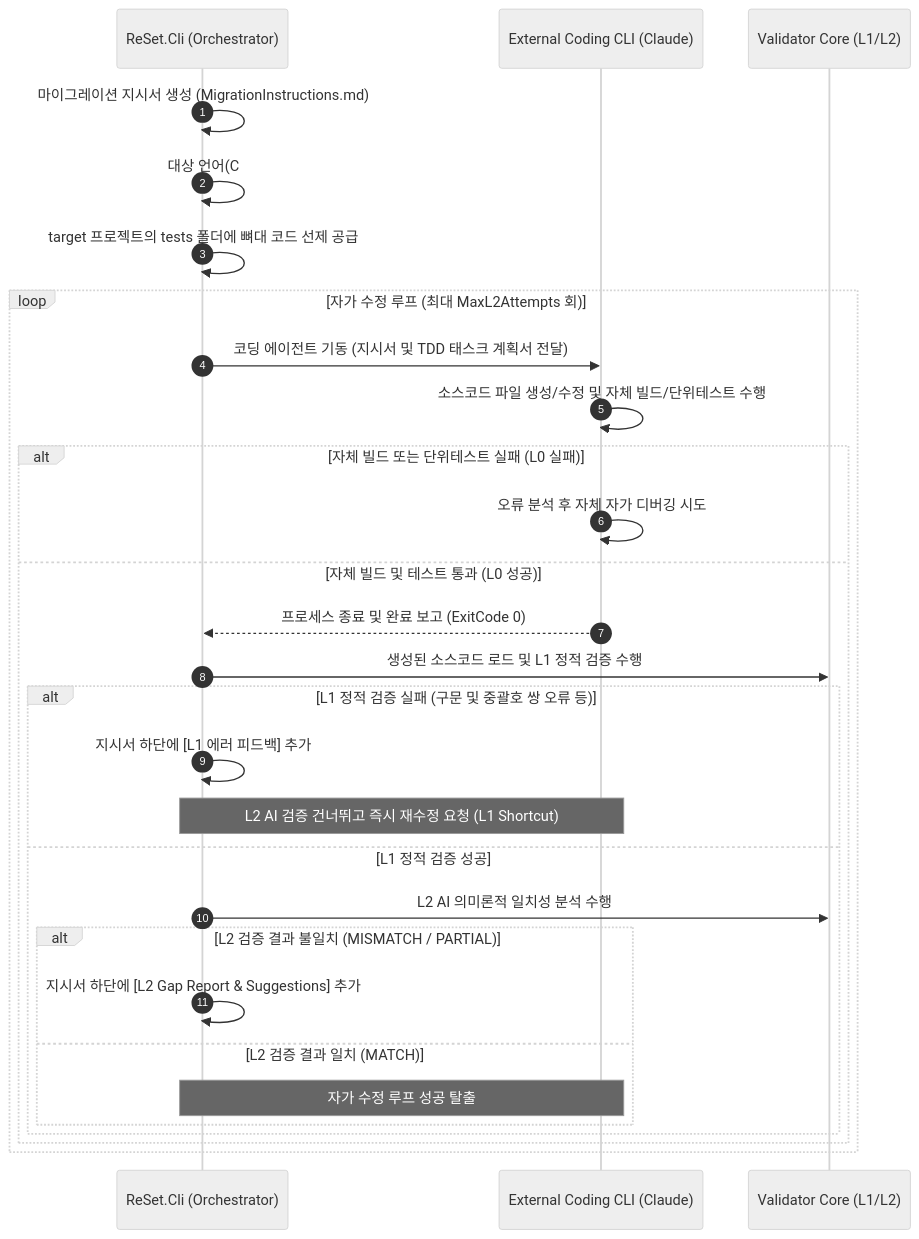
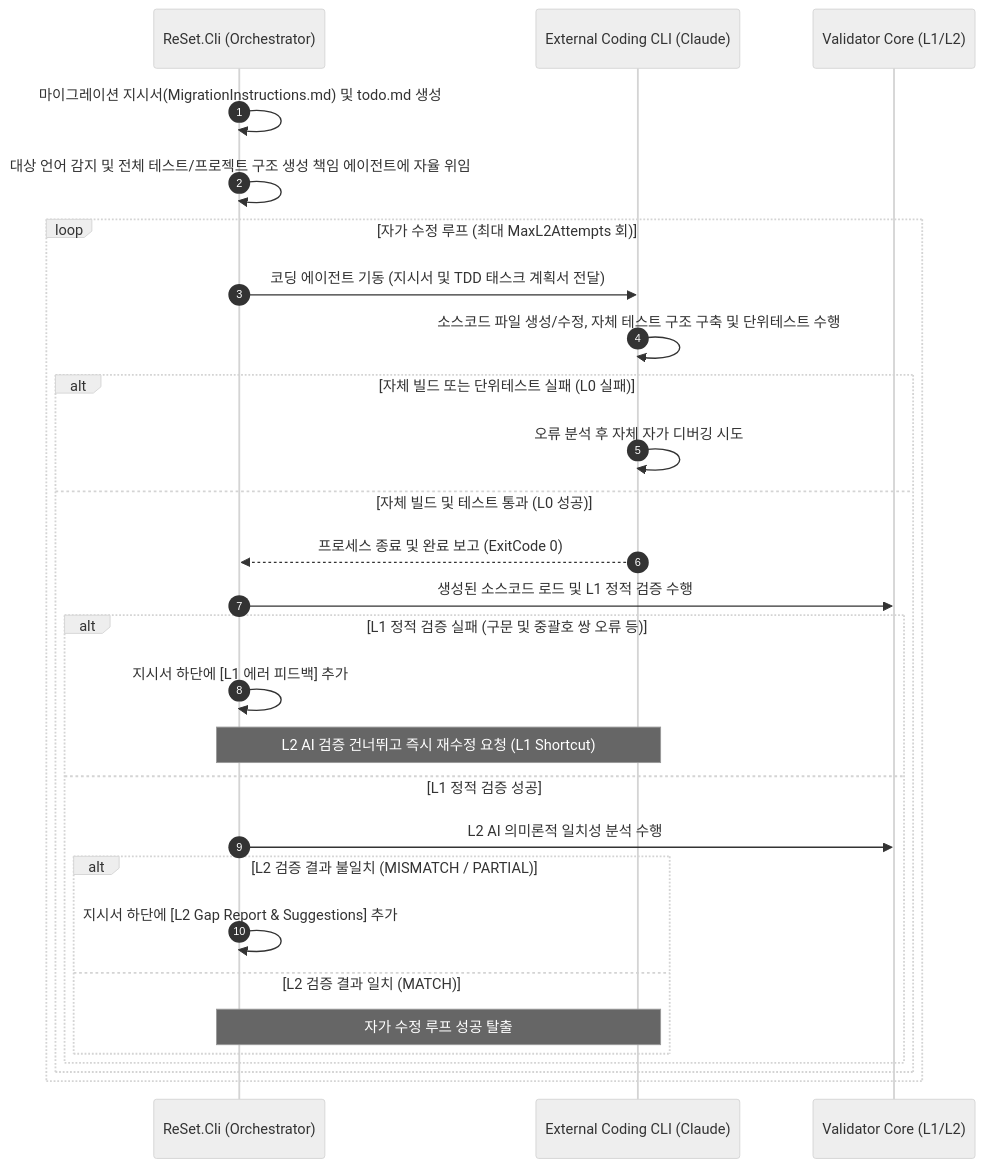
The third of 7 diagrams in docs/architecture.md (moondae815/ReSet), drawn with Mermaid (neutral theme) before and after one commit. The commit also changed 6 other files, not shown here.

Commit message:
docs: sync AGENTS, README, and architecture with TDD autonomous generation logic

````diff
--- a/docs/architecture.md
+++ b/docs/architecture.md
@@ -150,32 +150,31 @@
 ```mermaid
 sequenceDiagram
     autonumber
     participant RC as ReSet.Cli (Orchestrator)
     participant ECE as External Coding CLI (Claude)
     participant VAL as Validator Core (L1/L2)
 
-    RC->>RC: 마이그레이션 지시서 생성 (MigrationInstructions.md)
-    RC->>RC: 대상 언어(C#/Java)별 TDD 테스트 및 ArchUnit 뼈대(Dummy) 자동 생성 (MetadataExporter)
-    RC->>RC: target 프로젝트의 tests 폴더에 뼈대 코드 선제 공급
+    RC->>RC: 마이그레이션 지시서(MigrationInstructions.md) 및 todo.md 생성
+    RC->>RC: 대상 언어 감지 및 전체 테스트/프로젝트 구조 생성 책임 에이전트에 자율 위임
     loop 자가 수정 루프 (최대 MaxL2Attempts 회)
         RC->>ECE: 코딩 에이전트 기동 (지시서 및 TDD 태스크 계획서 전달)
-        ECE->>ECE: 소스코드 파일 생성/수정 및 자체 빌드/단위테스트 수행
+        ECE->>ECE: 소스코드 파일 생성/수정, 자체 테스트 구조 구축 및 단위테스트 수행
         alt 자체 빌드 또는 단위테스트 실패 (L0 실패)
             ECE->>ECE: 오류 분석 후 자체 자가 디버깅 시도
         else 자체 빌드 및 테스트 통과 (L0 성공)
             ECE-->>RC: 프로세스 종료 및 완료 보고 (ExitCode 0)
             RC->>VAL: 생성된 소스코드 로드 및 L1 정적 검증 수행
             alt L1 정적 검증 실패 (구문 및 중괄호 쌍 오류 등)
                 RC->>RC: 지시서 하단에 [L1 에러 피드백] 추가
                 Note over RC,ECE: L2 AI 검증 건너뛰고 즉시 재수정 요청 (L1 Shortcut)
             else L1 정적 검증 성공
                 RC->>VAL: L2 AI 의미론적 일치성 분석 수행
                 alt L2 검증 결과 불일치 (MISMATCH / PARTIAL)
                     RC->>RC: 지시서 하단에 [L2 Gap Report & Suggestions] 추가
                 else L2 검증 결과 일치 (MATCH)
                     Note over RC,ECE: 자가 수정 루프 성공 탈출
                 end
             end
         end
     end
 ```
````
